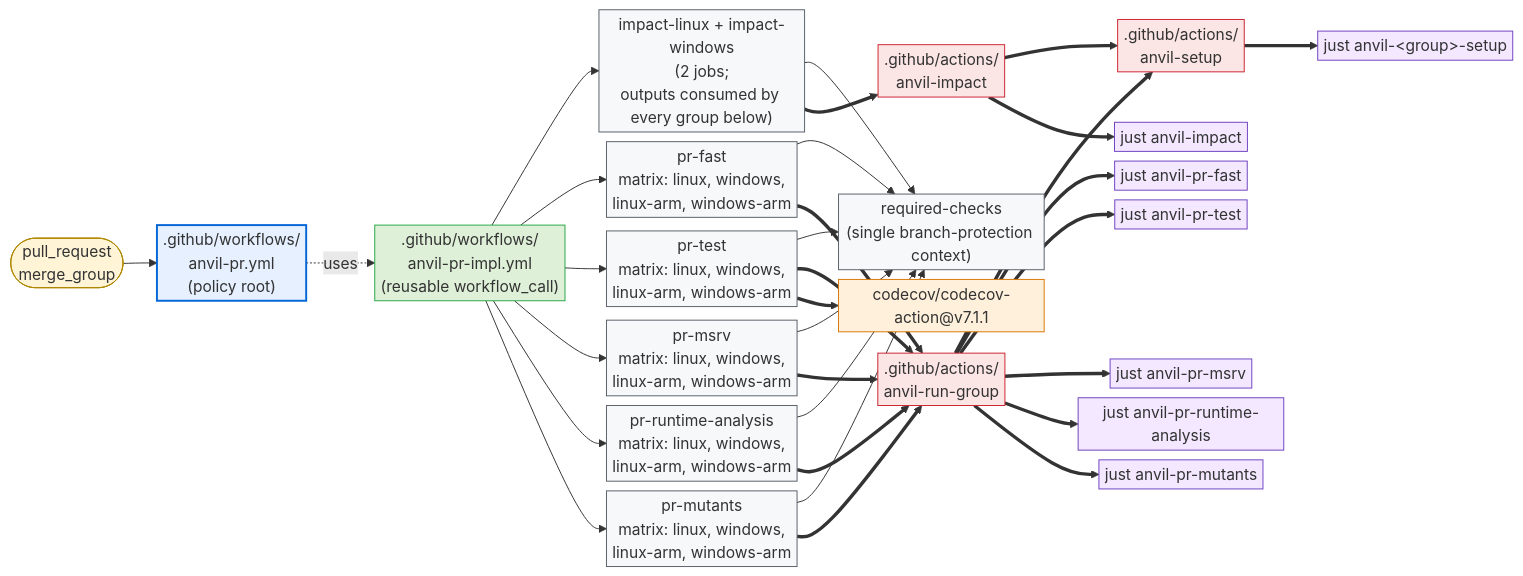
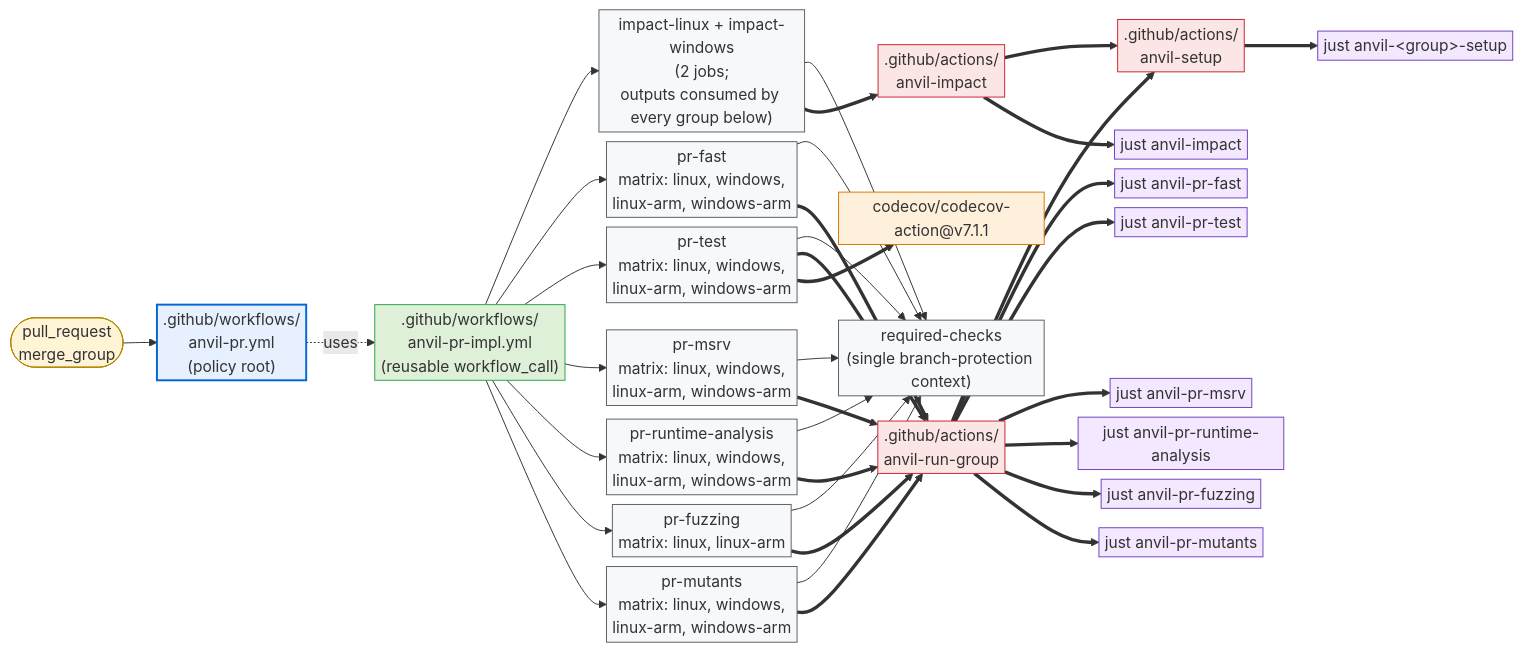
One commit to microsoft/ox-tools changed the first of 2 diagrams in crates/cargo-anvil/docs/design/github.md. Above: the diagram before and after it, drawn with Mermaid. The commit also changed other lines of this file and 42 other files, not shown here.

First line of the commit message:
perf(cargo-anvil): streamline PR checks and isolate Linux fuzzing (#336)

````diff
--- a/crates/cargo-anvil/docs/design/github.md
+++ b/crates/cargo-anvil/docs/design/github.md
@@ -53,66 +53,72 @@
 ```mermaid
 %%{init: {"flowchart": {"nodeSpacing": 10, "rankSpacing": 35, "padding": 3}, "themeVariables": {"fontSize": "16px"}}}%%
 flowchart LR
     pr_evt([pull_request<br/>merge_group]):::trigger
     pr_root[".github/workflows/<br/>anvil-pr.yml<br/>(policy root)"]:::root
     pr_impl[".github/workflows/<br/>anvil-pr-impl.yml<br/>(reusable workflow_call)"]:::impl
     impact["impact-linux + impact-windows<br/>(2 jobs;<br/>outputs consumed by every group below)"]:::job
     pr_fast_job["pr-fast<br/>matrix: linux, windows,<br/>linux-arm, windows-arm"]:::job
     pr_test_job["pr-test<br/>matrix: linux, windows,<br/>linux-arm, windows-arm"]:::job
     pr_msrv_job["pr-msrv<br/>matrix: linux, windows,<br/>linux-arm, windows-arm"]:::job
     pr_runtime_analysis_job["pr-runtime-analysis<br/>matrix: linux, windows,<br/>linux-arm, windows-arm"]:::job
+    pr_fuzzing_job["pr-fuzzing<br/>matrix: linux, linux-arm"]:::job
     pr_mutants_job["pr-mutants<br/>matrix: linux, windows,<br/>linux-arm, windows-arm"]:::job
     required_checks["required-checks<br/>(single branch-protection context)"]:::job
     impact_act[".github/actions/<br/>anvil-impact"]:::action
     setup_act[".github/actions/<br/>anvil-setup"]:::action
     run_group_act[".github/actions/<br/>anvil-run-group"]:::action
     codecov_act["codecov/codecov-action@v7.1.1"]:::external
     impact_just["just anvil-impact"]:::recipe
     fast_just["just anvil-pr-fast"]:::recipe
     test_just["just anvil-pr-test"]:::recipe
     msrv_just["just anvil-pr-msrv"]:::recipe
     runtime_just["just anvil-pr-runtime-analysis"]:::recipe
+    fuzzing_just["just anvil-pr-fuzzing"]:::recipe
     mutants_just["just anvil-pr-mutants"]:::recipe
     setup_just["just anvil-&lt;group&gt;-setup"]:::recipe
 
     pr_evt --> pr_root
     pr_root -. uses .-> pr_impl
     pr_impl --> impact
     pr_impl --> pr_fast_job
     pr_impl --> pr_test_job
     pr_impl --> pr_msrv_job
     pr_impl --> pr_runtime_analysis_job
+    pr_impl --> pr_fuzzing_job
     pr_impl --> pr_mutants_job
     impact --> required_checks
     pr_fast_job --> required_checks
     pr_test_job --> required_checks
     pr_msrv_job --> required_checks
     pr_runtime_analysis_job --> required_checks
+    pr_fuzzing_job --> required_checks
     pr_mutants_job --> required_checks
 
     impact ==> impact_act
     pr_fast_job ==> run_group_act
     pr_test_job ==> run_group_act
     pr_msrv_job ==> run_group_act
     pr_test_job ==> codecov_act
     pr_runtime_analysis_job ==> run_group_act
+    pr_fuzzing_job ==> run_group_act
     pr_mutants_job ==> run_group_act
 
     impact_act ==> setup_act
     impact_act ==> impact_just
     run_group_act ==> setup_act
     run_group_act ==> fast_just
     run_group_act ==> test_just
     run_group_act ==> msrv_just
     run_group_act ==> runtime_just
+    run_group_act ==> fuzzing_just
     run_group_act ==> mutants_just
     setup_act ==> setup_just
 
     classDef trigger fill:#fff4d6,stroke:#b08800,stroke-width:1px;
     classDef root fill:#e6f0ff,stroke:#0366d6,stroke-width:2px;
     classDef impl fill:#dff0d8,stroke:#28a745,stroke-width:1px;
     classDef job fill:#f6f8fa,stroke:#586069,stroke-width:1px;
     classDef action fill:#fce5e5,stroke:#cb2431,stroke-width:1px;
     classDef external fill:#fff0db,stroke:#d97706,stroke-width:1px;
     classDef recipe fill:#f3e8ff,stroke:#6f42c1,stroke-width:1px;
 ```
````
